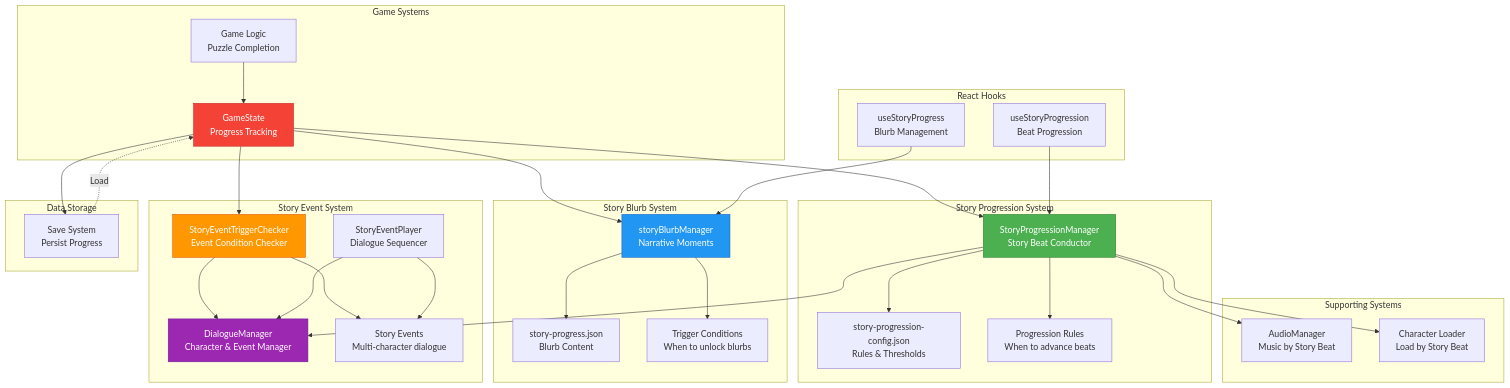
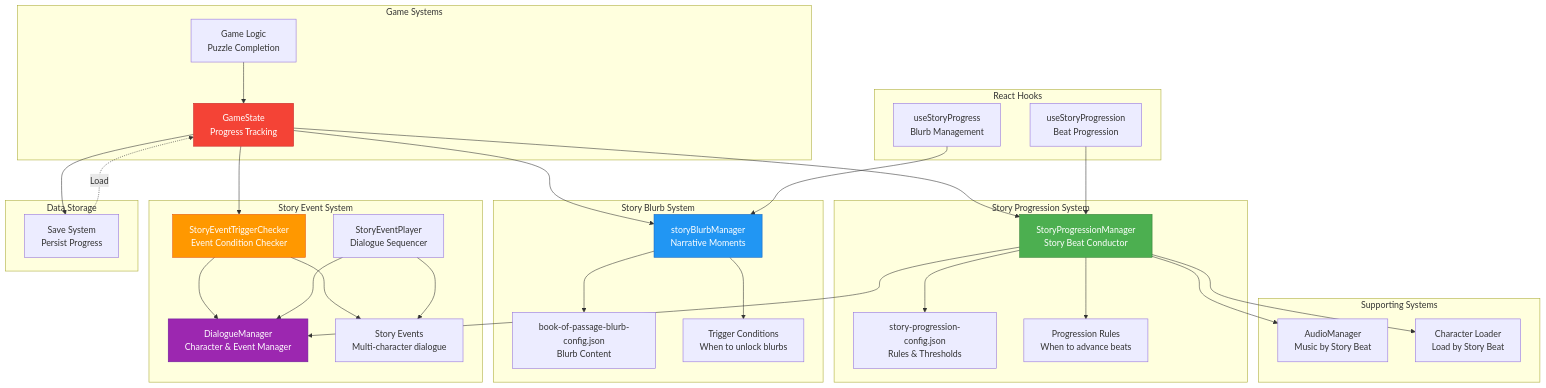
One commit to SheDreamsWithAIs/Chronicles-of-the-kethaneum changed the first of 15 diagrams in docs/diagrams/story-progression-system.md. Above: the diagram before and after it, drawn with Mermaid. The commit also changed other lines of this file and 2 other files, not shown here.

First line of the commit message:
Update remaining documentation references to new config structure

````diff
--- a/docs/diagrams/story-progression-system.md
+++ b/docs/diagrams/story-progression-system.md
@@ -8,71 +8,71 @@
 ```mermaid
 graph TB
     subgraph "Game Systems"
         GameLogic[Game Logic<br/>Puzzle Completion]
         GameState[GameState<br/>Progress Tracking]
     end
 
     subgraph "Story Progression System"
         SPM[StoryProgressionManager<br/>Story Beat Conductor]
         SPMConfig[story-progression-config.json<br/>Rules & Thresholds]
         ProgRules[Progression Rules<br/>When to advance beats]
     end
 
     subgraph "Story Blurb System"
         SBM[storyBlurbManager<br/>Narrative Moments]
-        SBMData[story-progress.json<br/>Blurb Content]
+        SBMData[book-of-passage-blurb-config.json<br/>Blurb Content]
         BlurbTriggers[Trigger Conditions<br/>When to unlock blurbs]
     end
 
     subgraph "Story Event System"
         SETC[StoryEventTriggerChecker<br/>Event Condition Checker]
         SEP[StoryEventPlayer<br/>Dialogue Sequencer]
         DM[DialogueManager<br/>Character & Event Manager]
         Events[Story Events<br/>Multi-character dialogue]
     end
 
     subgraph "Supporting Systems"
         AudioMgr[AudioManager<br/>Music by Story Beat]
         CharLoader[Character Loader<br/>Load by Story Beat]
     end
 
     subgraph "React Hooks"
         UseStoryProg[useStoryProgress<br/>Blurb Management]
         UseProgHook[useStoryProgression<br/>Beat Progression]
     end
 
     subgraph "Data Storage"
         SaveSys[Save System<br/>Persist Progress]
     end
 
     GameLogic --> GameState
     GameState --> SPM
     GameState --> SBM
     GameState --> SETC
 
     SPM --> SPMConfig
     SPM --> ProgRules
     SPM --> DM
     SPM --> AudioMgr
     SPM --> CharLoader
 
     SBM --> SBMData
     SBM --> BlurbTriggers
 
     SETC --> Events
     SETC --> DM
     SEP --> DM
     SEP --> Events
 
     UseStoryProg --> SBM
     UseProgHook --> SPM
 
     GameState --> SaveSys
     SaveSys -.->|Load| GameState
 
     style SPM fill:#4CAF50,stroke:#2E7D32,color:#fff
     style SBM fill:#2196F3,stroke:#1565C0,color:#fff
     style SETC fill:#FF9800,stroke:#E65100,color:#fff
     style DM fill:#9C27B0,stroke:#6A1B9A,color:#fff
     style GameState fill:#F44336,stroke:#C62828,color:#fff
 ```
````
